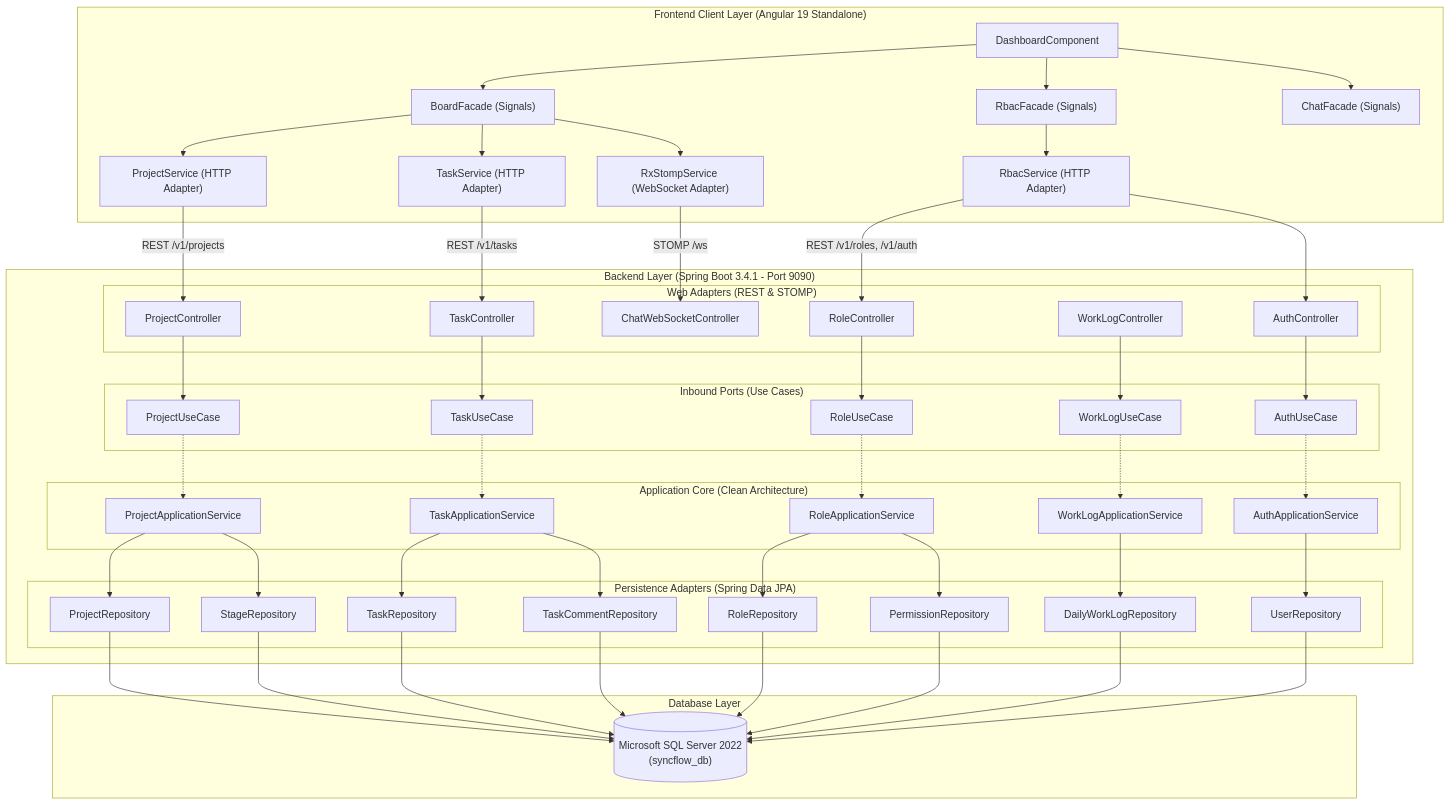
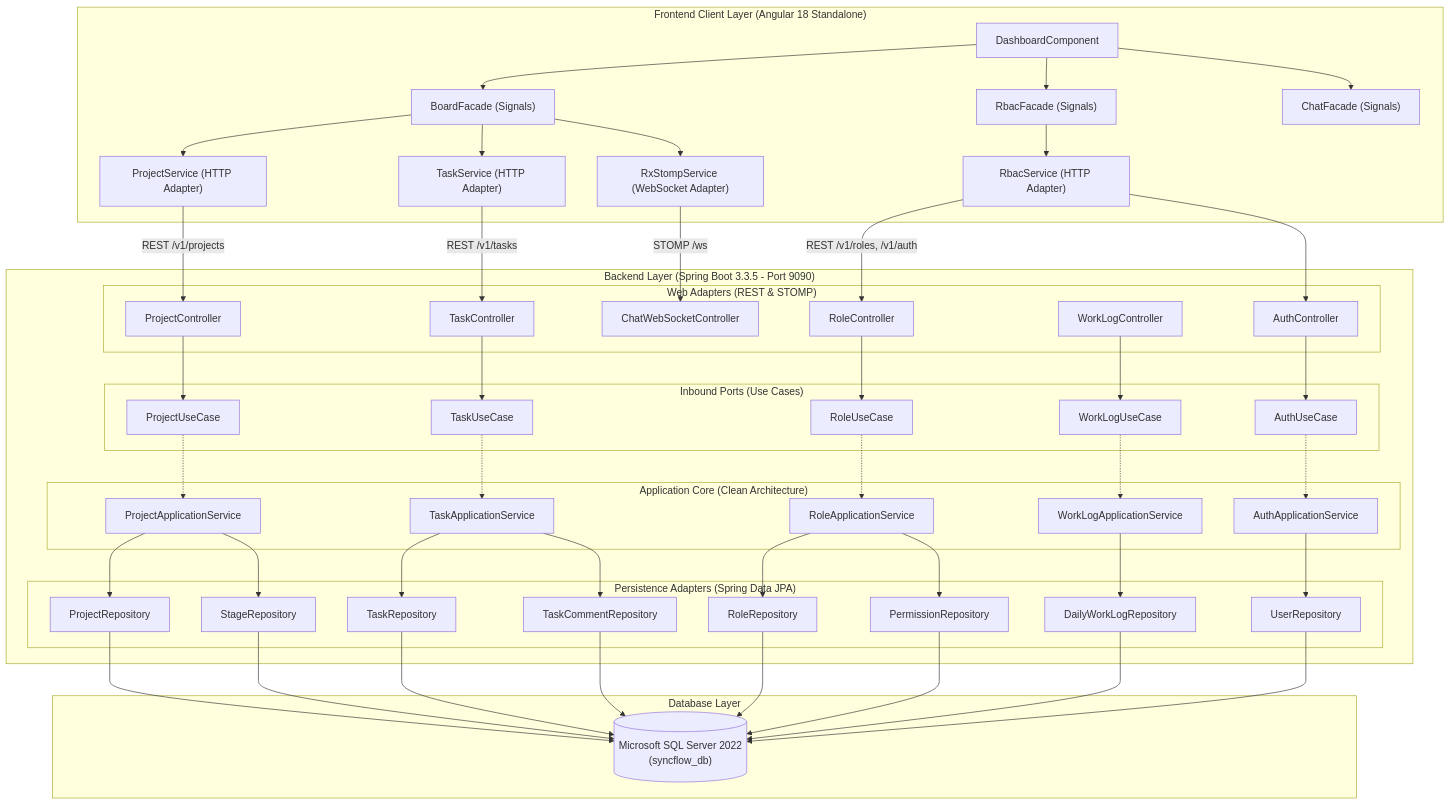
One commit to Girishiam/SyncFlow changed the first of 2 diagrams in README.md. Above: the diagram before and after it, drawn with Mermaid. The commit also changed other lines of this file and 228 other files, not shown here.

````diff
--- a/README.md
+++ b/README.md
@@ -150,6 +150,6 @@
 ```mermaid
 flowchart TB
-    subgraph BrowserClients["Frontend Client Layer (Angular 19 Standalone)"]
+    subgraph BrowserClients["Frontend Client Layer (Angular 18 Standalone)"]
         Dashboard["DashboardComponent"]
         BoardFac["BoardFacade (Signals)"]
         RbacFac["RbacFacade (Signals)"]
@@ -160,7 +160,7 @@
         StompSvc["RxStompService (WebSocket Adapter)"]
     end
 
-    subgraph BackendAPI["Backend Layer (Spring Boot 3.4.1 - Port 9090)"]
+    subgraph BackendAPI["Backend Layer (Spring Boot 3.3.5 - Port 9090)"]
         subgraph AdaptersWeb["Web Adapters (REST & STOMP)"]
             AuthCtrl["AuthController"]
             ProjCtrl["ProjectController"]
````
